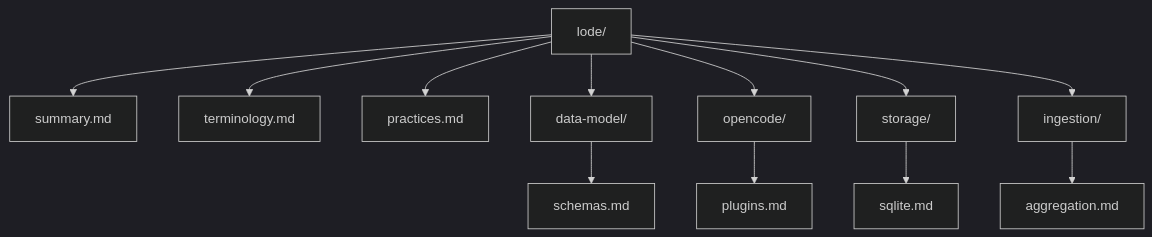
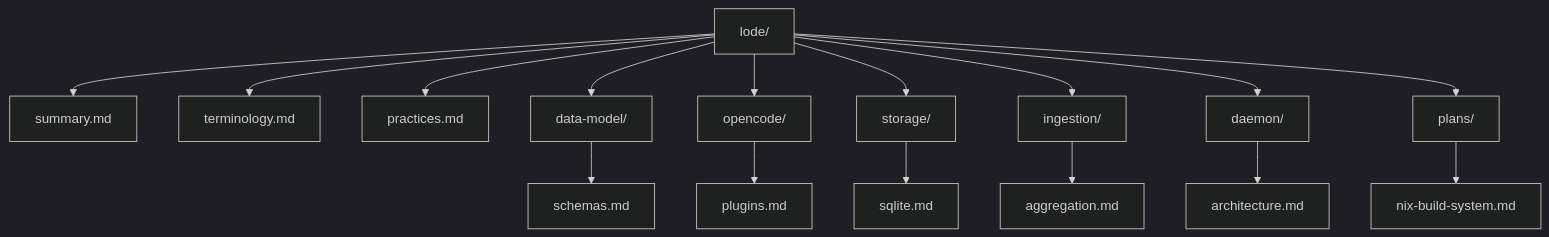
One commit to dxta-dev/clankers changed the diagram in lode/lode-map.md. Above: the diagram before and after it, drawn with Mermaid (dark theme). The commit also changed other lines of this file and 19 other files, not shown here.

````diff
--- a/lode/lode-map.md
+++ b/lode/lode-map.md
@@ -31,15 +36,19 @@
 ```mermaid
 flowchart TB
   Lode[lode/]
   Lode --> Summary[summary.md]
   Lode --> Terms[terminology.md]
   Lode --> Practices[practices.md]
   Lode --> DataModel[data-model/]
   DataModel --> Schemas[schemas.md]
   Lode --> OpenCode[opencode/]
   OpenCode --> Plugins[plugins.md]
   Lode --> Storage[storage/]
   Storage --> SQLite[sqlite.md]
   Lode --> Ingestion[ingestion/]
   Ingestion --> Aggregation[aggregation.md]
+  Lode --> Daemon[daemon/]
+  Daemon --> DaemonArch[architecture.md]
+  Lode --> Plans[plans/]
+  Plans --> NixBuild[nix-build-system.md]
 ```
````
